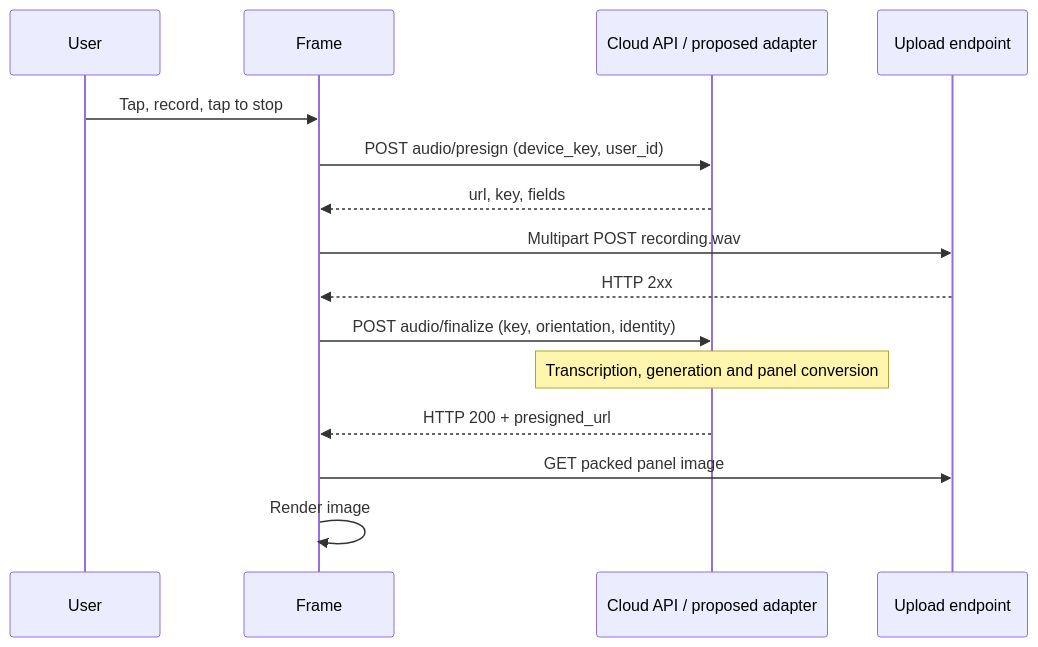
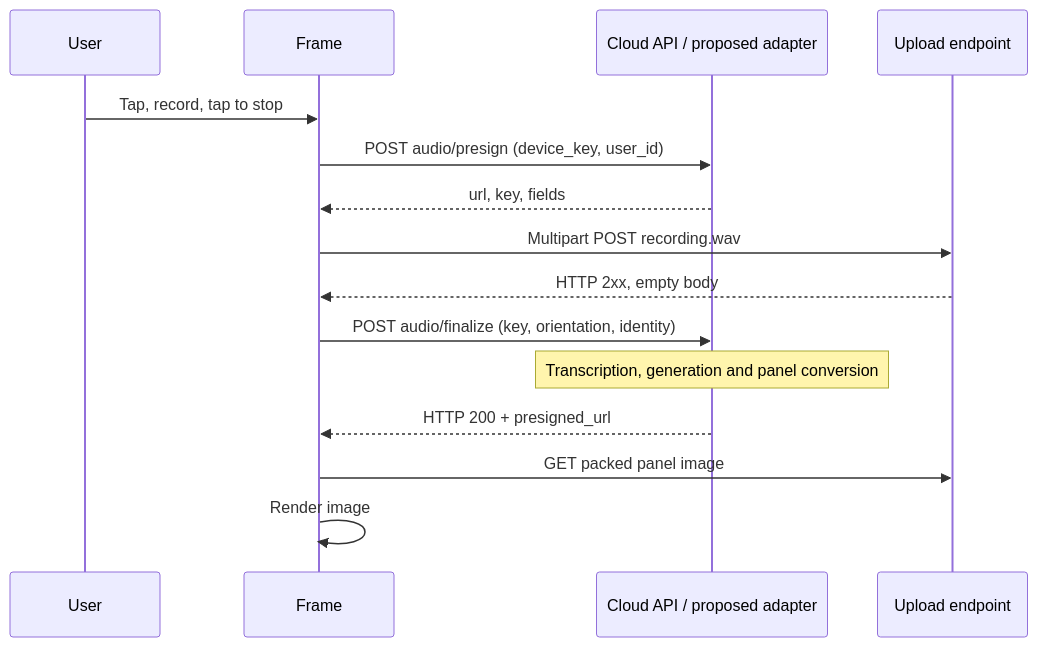
One commit to kristofferR/ha-fraimic-eink changed the diagram in docs/firmware/voice.md. Above: the diagram before and after it, drawn with Mermaid. The commit also changed other lines of this file and 12 other files, not shown here.

````diff
--- a/docs/firmware/voice.md
+++ b/docs/firmware/voice.md
@@ -7,17 +7,17 @@
 ```mermaid
 sequenceDiagram
     participant User
     participant Frame
     participant API as Cloud API / proposed adapter
     participant Store as Upload endpoint
     User->>Frame: Tap, record, tap to stop
     Frame->>API: POST audio/presign (device_key, user_id)
     API-->>Frame: url, key, fields
     Frame->>Store: Multipart POST recording.wav
-    Store-->>Frame: HTTP 2xx
+    Store-->>Frame: HTTP 2xx, empty body
     Frame->>API: POST audio/finalize (key, orientation, identity)
     Note over API: Transcription, generation and panel conversion
     API-->>Frame: HTTP 200 + presigned_url
     Frame->>Store: GET packed panel image
     Frame->>Frame: Render image
 ```
````
